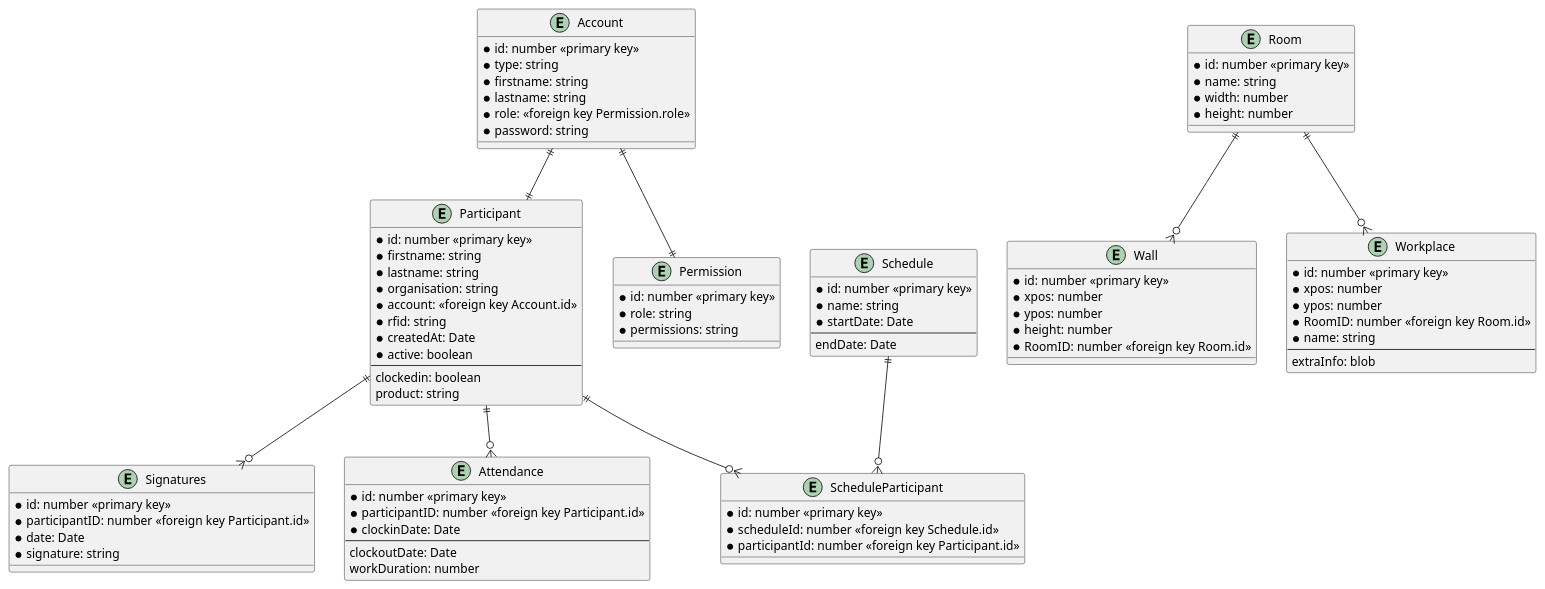
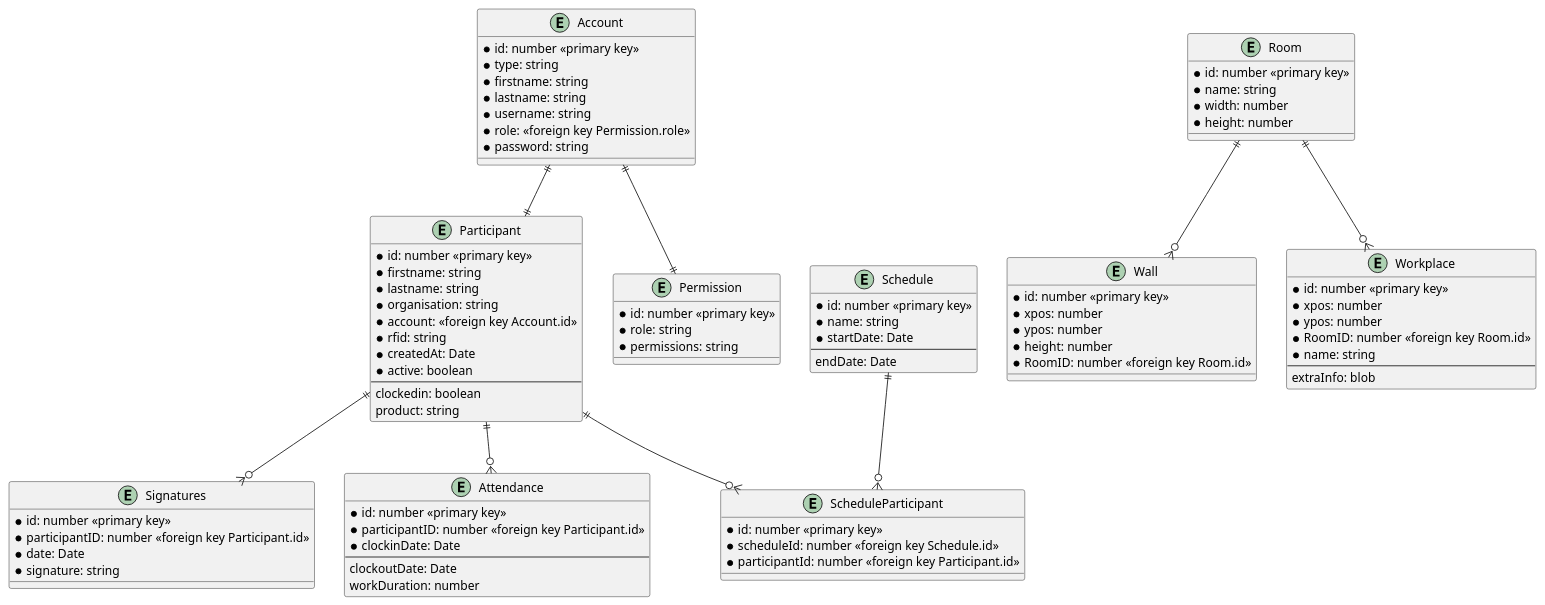
One commit to BitsEnBytesICT/Bits-Bytes-management-platform changed the diagram in documentation/databasemodel.plantuml. Above: the diagram before and after it, drawn with PlantUML. The commit also changed 15 other files, not shown here.

```diff
--- a/documentation/databasemodel.plantuml
+++ b/documentation/databasemodel.plantuml
@@ -1,95 +1,96 @@
 @startuml
 
 entity Account {
     * id: number <<primary key>>
     * type: string
     * firstname: string
     * lastname: string
+    * username: string
     * role: <<foreign key Permission.role>>
     * password: string
 }
 
 entity Participant {
     * id: number <<primary key>>
     * firstname: string
     * lastname: string
     * organisation: string
     * account: <<foreign key Account.id>>
     * rfid: string
     * createdAt: Date
     * active: boolean
     --
     clockedin: boolean
     product: string
 }
 
 entity Signatures {
     * id: number <<primary key>>
     * participantID: number <<foreign key Participant.id>>
     * date: Date
     * signature: string
 }
 
 entity Attendance {
     * id: number <<primary key>>
     * participantID: number <<foreign key Participant.id>>
     * clockinDate: Date
     --
     clockoutDate: Date
     workDuration: number
 }
 
 entity Permission {
     * id: number <<primary key>>
     * role: string
     * permissions: string
 }
 
 entity Room {
     * id: number <<primary key>>
     * name: string
     * width: number
     * height: number
 }
 
 entity Wall {
     * id: number <<primary key>>
     * xpos: number
     * ypos: number
     * height: number
     * RoomID: number <<foreign key Room.id>>
 }
 
 entity Workplace {
     * id: number <<primary key>>
     * xpos: number
     * ypos: number
     * RoomID: number <<foreign key Room.id>>
     * name: string
     --
     extraInfo: blob
 }
 
 entity Schedule {
     * id: number <<primary key>>
     * name: string
     * startDate: Date
     --
     endDate: Date
 }
 
 entity ScheduleParticipant {
     * id: number <<primary key>>
     * scheduleId: number <<foreign key Schedule.id>>
     * participantId: number <<foreign key Participant.id>>
 }
 
 Account ||--|| Permission
 Account ||--|| Participant
 Participant ||--o{ Signatures
 Participant ||--o{ Attendance
 Participant ||--o{ ScheduleParticipant
 Schedule ||--o{ ScheduleParticipant
 Room ||--o{ Wall
 Room ||--o{ Workplace
 @enduml
```
